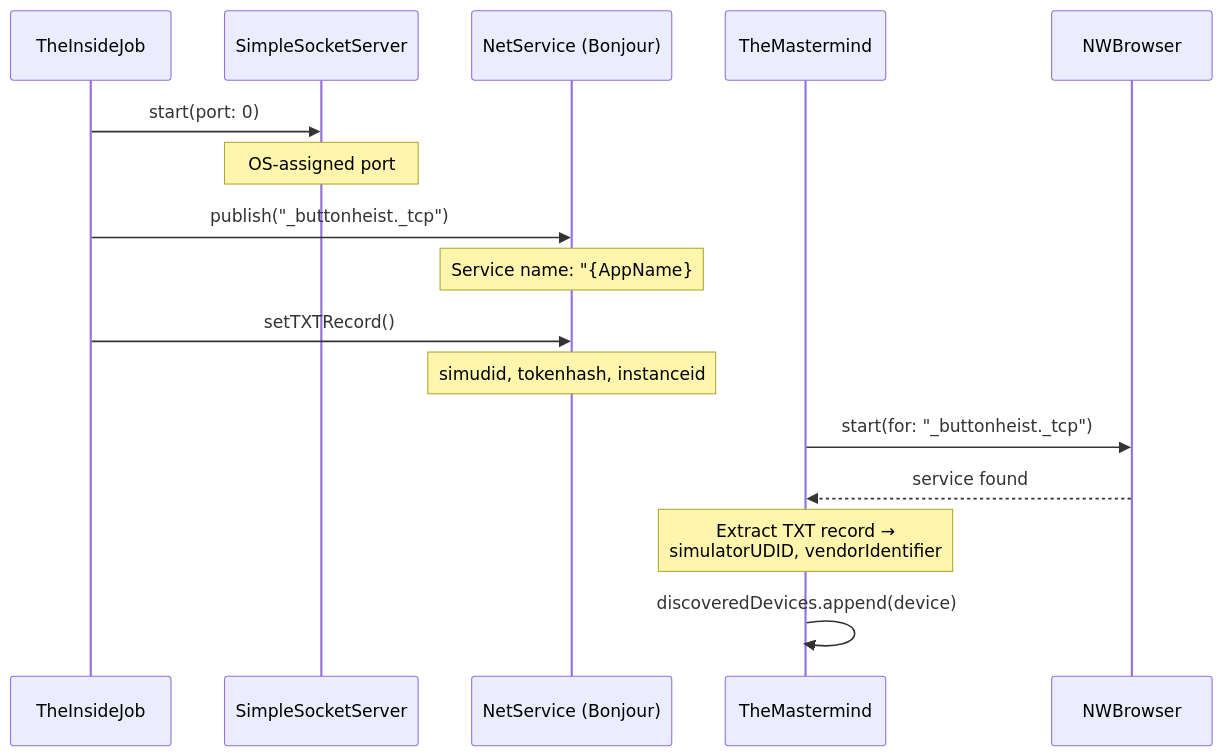
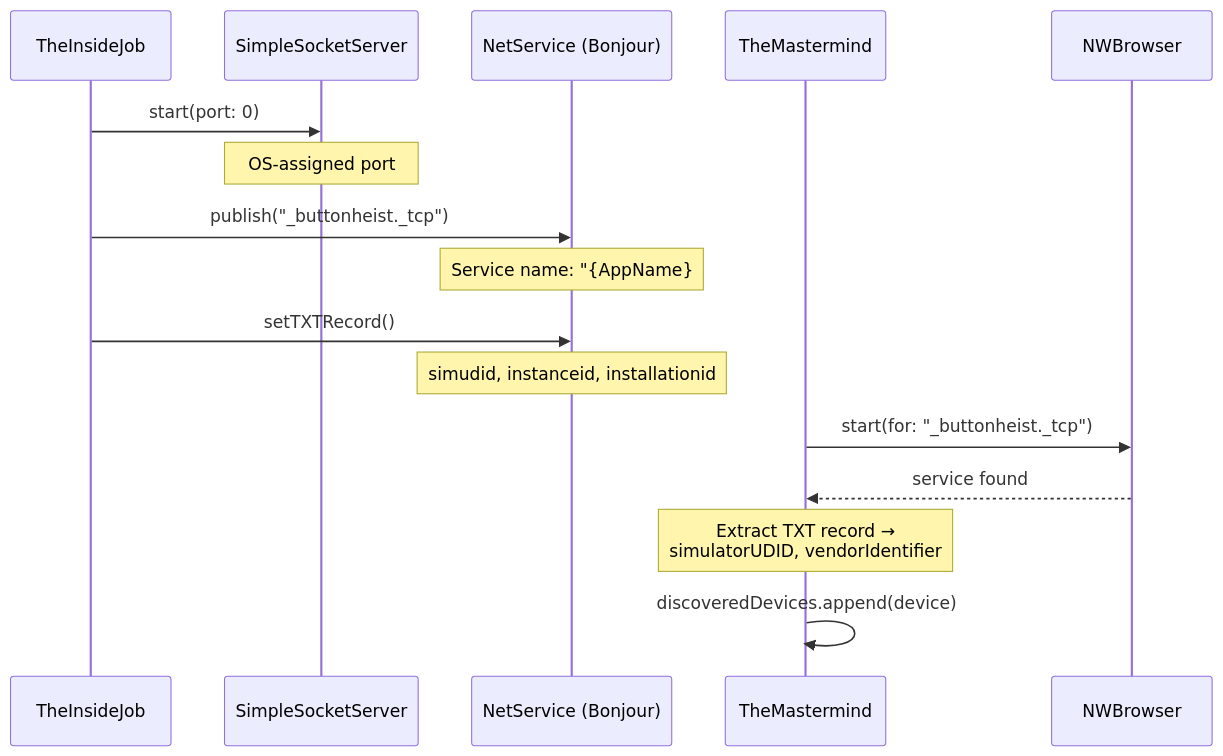
Before and after one commit to RoyalPineapple/TheButtonHeist: the third of 8 diagrams in docs/ARCHITECTURE.md, drawn with Mermaid. The commit also changed other lines of this file and 9 other files, not shown here.

````diff
--- a/docs/ARCHITECTURE.md
+++ b/docs/ARCHITECTURE.md
@@ -378,20 +378,20 @@
 ```mermaid
 sequenceDiagram
     participant IJ as TheInsideJob
     participant SS as SimpleSocketServer
     participant NS as NetService (Bonjour)
     participant HC as TheMastermind
     participant NB as NWBrowser
 
     IJ->>SS: start(port: 0)
     Note over SS: OS-assigned port
     IJ->>NS: publish("_buttonheist._tcp")
     Note over NS: Service name: "{AppName}#{instanceId}"<br>instanceId = INSIDEJOB_ID or UUID prefix
     IJ->>NS: setTXTRecord()
-    Note over NS: simudid, tokenhash, instanceid
+    Note over NS: simudid, instanceid, installationid
 
     HC->>NB: start(for: "_buttonheist._tcp")
     NB-->>HC: service found
     Note over HC: Extract TXT record →<br>simulatorUDID, vendorIdentifier
     HC->>HC: discoveredDevices.append(device)
 ```
````
